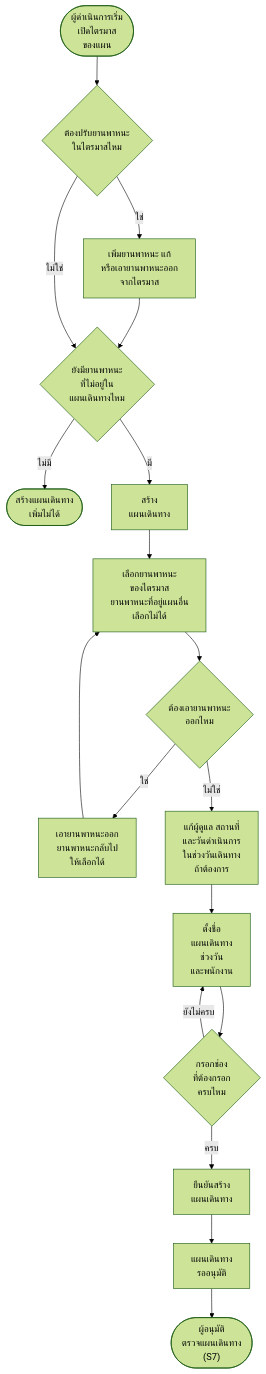
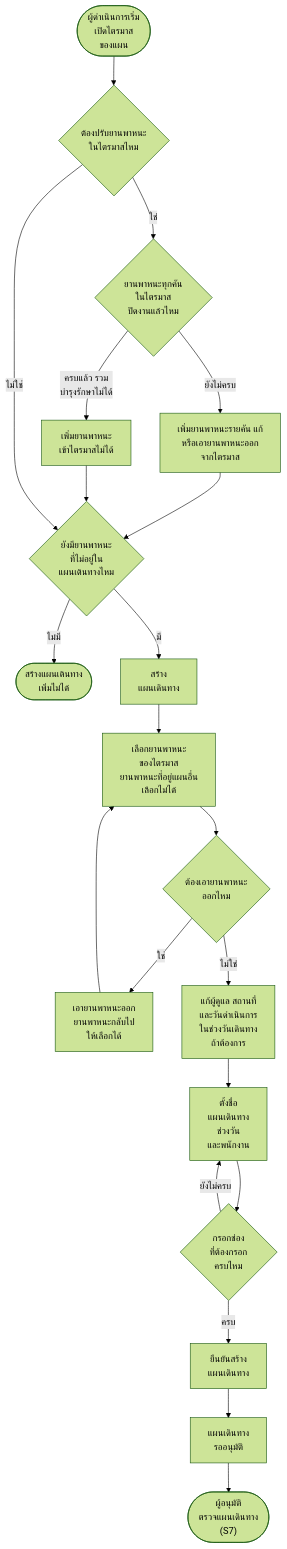
The seventh of 17 diagrams in Diagram/01-บำรุงรักษาตามวาระ/27-บำรุงรักษา-flowchart-กิจกรรม.md (anugmail/Maintenance-Request-Form), drawn with Mermaid (forest theme) before and after one commit. The commit also changed other lines of this file and 6 other files, not shown here.

First line of the commit message:
บำรุงรักษา: R93 ภาค สนง. (สำนักงานใหญ่) เขต กกฟ.1 กกฟ.2 ในแผงตัวกรอง S1 S19 (A.41 A.42) · หน้าไตรมาส S6 ปุ่มเพิ่มยานพาหนะกดไม่ได้เมื่อทุกคันในไตรมาสปิดงาน รวมบำรุงรักษาไม่ได้ (E.26) · ผัง S6 ไฟล์ 14 27 · ตัวตรวจ hasTexts buttonText/state

````diff
--- a/Diagram/01-บำรุงรักษาตามวาระ/27-บำรุงรักษา-flowchart-กิจกรรม.md
+++ b/Diagram/01-บำรุงรักษาตามวาระ/27-บำรุงรักษา-flowchart-กิจกรรม.md
@@ -146,20 +146,23 @@
 ```mermaid
 flowchart TD
     S(["ผู้ดำเนินการเริ่ม<br/>เปิดไตรมาส<br/>ของแผน"]) --> Q1{"ต้องปรับยานพาหนะ<br/>ในไตรมาสไหม"}
-    Q1 -->|ใช่| A1["เพิ่มยานพาหนะ แก้<br/>หรือเอายานพาหนะออก<br/>จากไตรมาส"]
+    Q1 -->|ใช่| Q5{"ยานพาหนะทุกคัน<br/>ในไตรมาส<br/>ปิดงานแล้วไหม"}
+    Q5 -->|ยังไม่ครบ| A1["เพิ่มยานพาหนะรายคัน แก้<br/>หรือเอายานพาหนะออก<br/>จากไตรมาส"]
+    Q5 -->|ครบแล้ว รวม<br/>บำรุงรักษาไม่ได้| A9["เพิ่มยานพาหนะ<br/>เข้าไตรมาสไม่ได้"]
     A1 --> Q2
+    A9 --> Q2
     Q1 -->|ไม่ใช่| Q2{"ยังมียานพาหนะ<br/>ที่ไม่อยู่ใน<br/>แผนเดินทางไหม"}
     Q2 -->|ไม่มี| E1(["สร้างแผนเดินทาง<br/>เพิ่มไม่ได้"])
     Q2 -->|มี| A2["สร้าง<br/>แผนเดินทาง"]
     A2 --> A3["เลือกยานพาหนะ<br/>ของไตรมาส<br/>ยานพาหนะที่อยู่แผนอื่น<br/>เลือกไม่ได้"]
     A3 --> Q3{"ต้องเอายานพาหนะ<br/>ออกไหม"}
     Q3 -->|ใช่| A4["เอายานพาหนะออก<br/>ยานพาหนะกลับไป<br/>ให้เลือกได้"]
     A4 --> A3
     Q3 -->|ไม่ใช่| A5["แก้ผู้ดูแล สถานที่<br/>และวันดำเนินการ<br/>ในช่วงวันเดินทาง<br/>ถ้าต้องการ"]
     A5 --> A6["ตั้งชื่อ<br/>แผนเดินทาง<br/>ช่วงวัน<br/>และพนักงาน"]
     A6 --> Q4{"กรอกช่อง<br/>ที่ต้องกรอก<br/>ครบไหม"}
     Q4 -->|ยังไม่ครบ| A6
     Q4 -->|ครบ| A7["ยืนยันสร้าง<br/>แผนเดินทาง"]
     A7 --> A8["แผนเดินทาง<br/>รออนุมัติ"]
     A8 --> E2(["ผู้อนุมัติ<br/>ตรวจแผนเดินทาง<br/>(S7)"])
 ```
````
